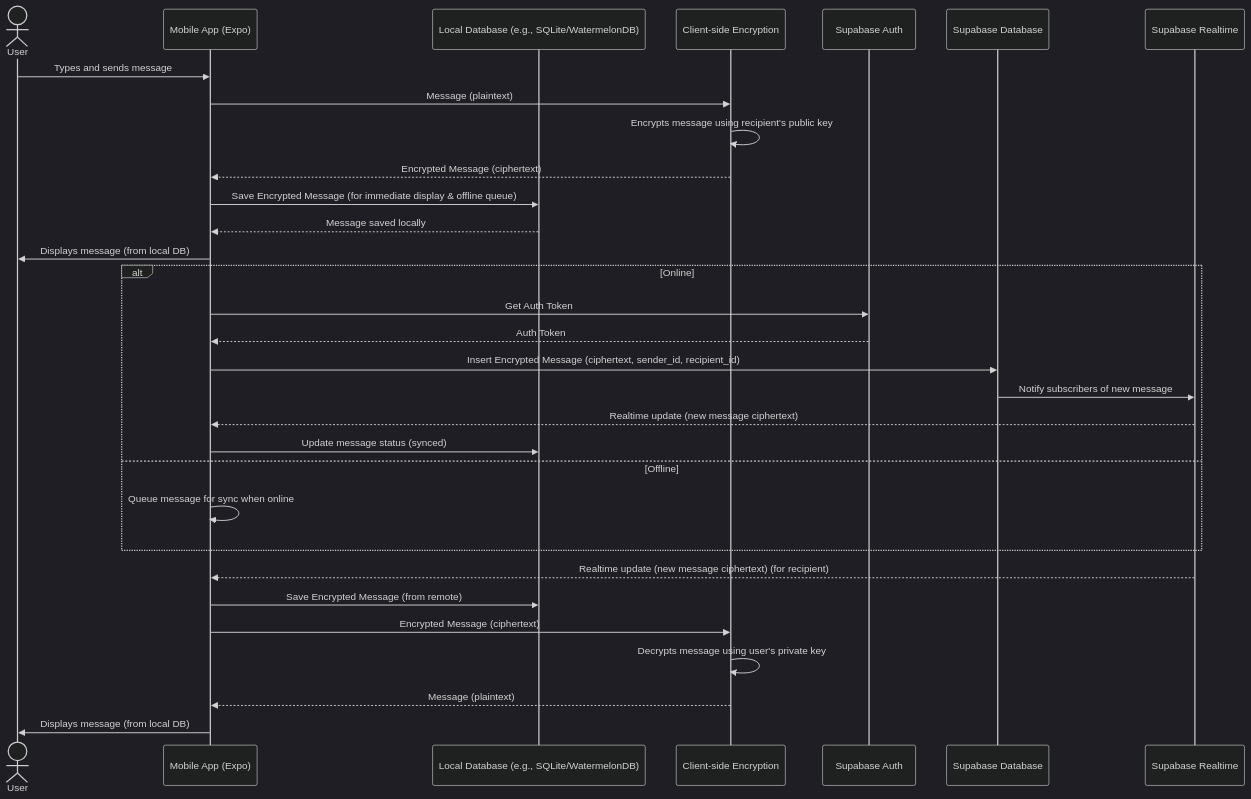
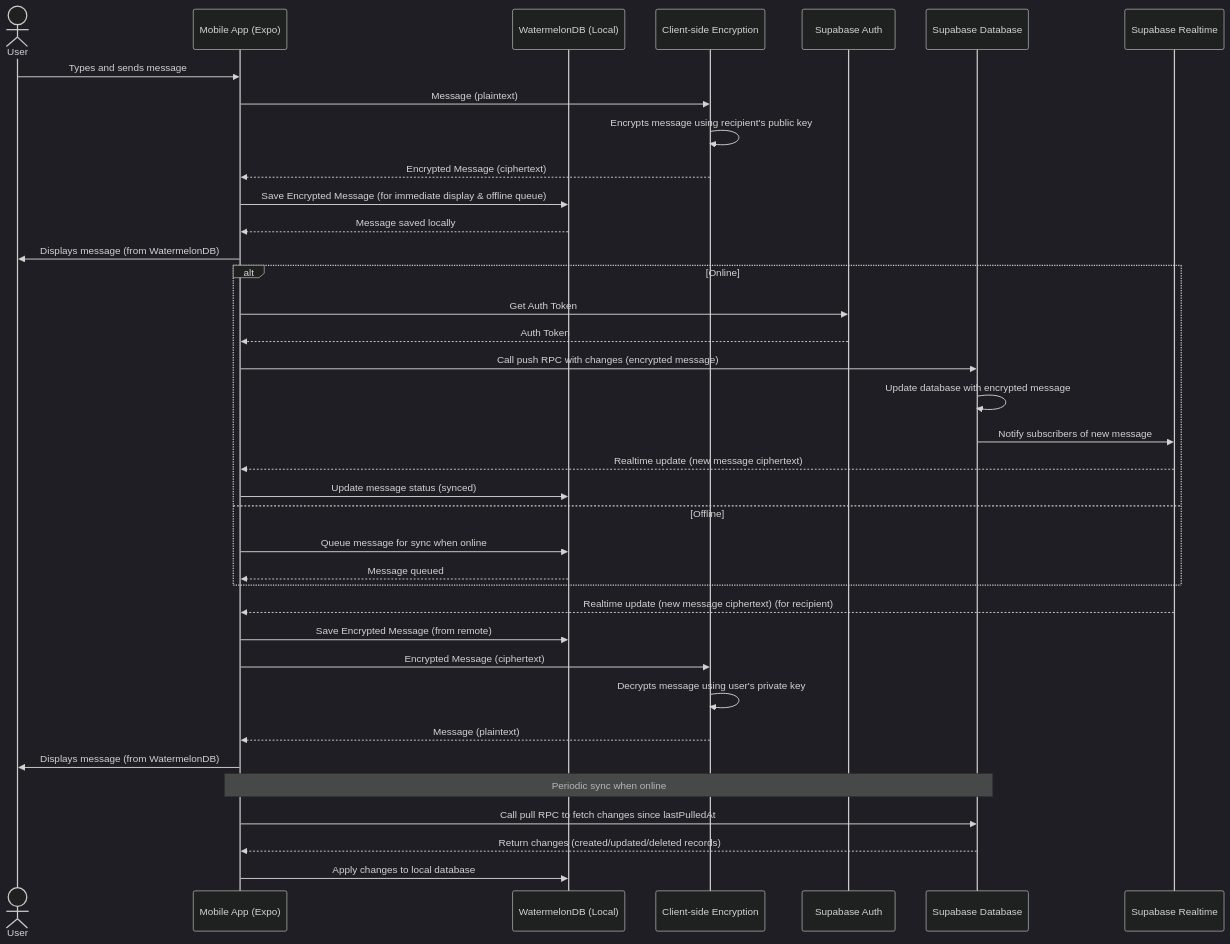
The diagram in ai_context/PROJECT_ARCHITECTURE.md (areydra/Matur), drawn with Mermaid (dark theme) before and after one commit. The commit also changed other lines of this file, not shown here.

First line of the commit message:
docs(architecture): update project architecture with watermelondb integration

````diff
--- a/ai_context/PROJECT_ARCHITECTURE.md
+++ b/ai_context/PROJECT_ARCHITECTURE.md
@@ -130,36 +133,43 @@
 ```mermaid
 sequenceDiagram
     actor User
     participant ClientApp as Mobile App (Expo)
-    participant LocalDB as Local Database (e.g., SQLite/WatermelonDB)
+    participant WatermelonDB as WatermelonDB (Local)
     participant EncryptionModule as Client-side Encryption
     participant SupabaseAuth as Supabase Auth
     participant SupabaseDB as Supabase Database
     participant SupabaseRealtime as Supabase Realtime
 
     User->>ClientApp: Types and sends message
     ClientApp->>EncryptionModule: Message (plaintext)
     EncryptionModule->>EncryptionModule: Encrypts message using recipient's public key
     EncryptionModule-->>ClientApp: Encrypted Message (ciphertext)
-    ClientApp->>LocalDB: Save Encrypted Message (for immediate display & offline queue)
-    LocalDB-->>ClientApp: Message saved locally
-    ClientApp->>User: Displays message (from local DB)
+    ClientApp->>WatermelonDB: Save Encrypted Message (for immediate display & offline queue)
+    WatermelonDB-->>ClientApp: Message saved locally
+    ClientApp->>User: Displays message (from WatermelonDB)
 
     alt Online
         ClientApp->>SupabaseAuth: Get Auth Token
         SupabaseAuth-->>ClientApp: Auth Token
-        ClientApp->>SupabaseDB: Insert Encrypted Message (ciphertext, sender_id, recipient_id)
+        ClientApp->>SupabaseDB: Call push RPC with changes (encrypted message)
+        SupabaseDB->>SupabaseDB: Update database with encrypted message
         SupabaseDB->>SupabaseRealtime: Notify subscribers of new message
         SupabaseRealtime-->>ClientApp: Realtime update (new message ciphertext)
-        ClientApp->>LocalDB: Update message status (synced)
+        ClientApp->>WatermelonDB: Update message status (synced)
     else Offline
-        ClientApp->>ClientApp: Queue message for sync when online
+        ClientApp->>WatermelonDB: Queue message for sync when online
+        WatermelonDB-->>ClientApp: Message queued
     end
 
     SupabaseRealtime-->>ClientApp: Realtime update (new message ciphertext) (for recipient)
-    ClientApp->>LocalDB: Save Encrypted Message (from remote)
+    ClientApp->>WatermelonDB: Save Encrypted Message (from remote)
     ClientApp->>EncryptionModule: Encrypted Message (ciphertext)
     EncryptionModule->>EncryptionModule: Decrypts message using user's private key
     EncryptionModule-->>ClientApp: Message (plaintext)
-    ClientApp->>User: Displays message (from local DB)
+    ClientApp->>User: Displays message (from WatermelonDB)
+
+    Note over ClientApp,SupabaseDB: Periodic sync when online
+    ClientApp->>SupabaseDB: Call pull RPC to fetch changes since lastPulledAt
+    SupabaseDB-->>ClientApp: Return changes (created/updated/deleted records)
+    ClientApp->>WatermelonDB: Apply changes to local database
 ```
````
